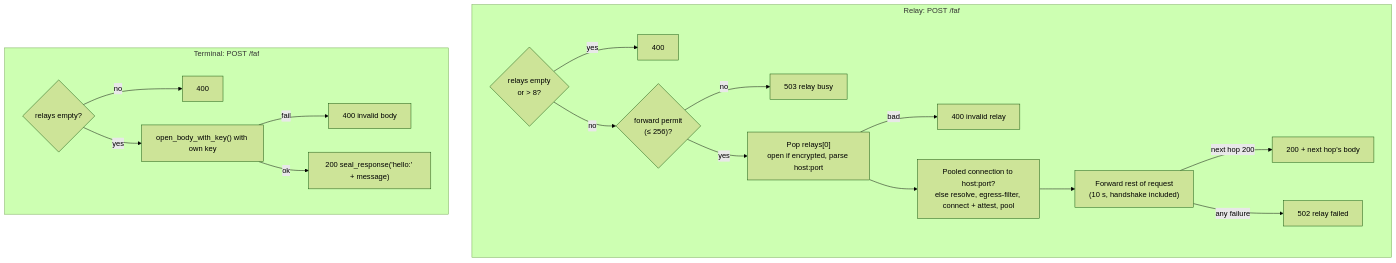
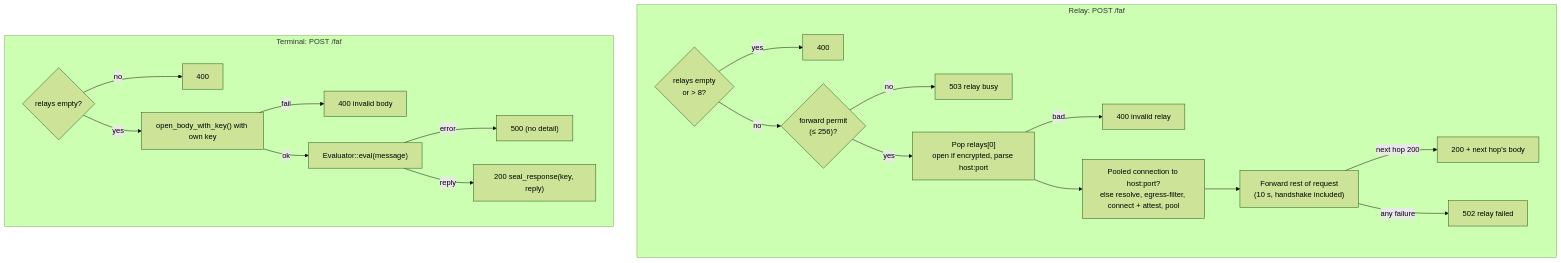
Before and after one commit to Lanetus/TTKServer: the ninth of 11 diagrams in docs/src/ARCHITECTURE.md, drawn with Mermaid (forest theme). The commit also changed other lines of this file and 14 other files, not shown here.

First line of the commit message:
feat: update the mdBook architecture docs to the current workspace (#94)

````diff
--- a/docs/src/ARCHITECTURE.md
+++ b/docs/src/ARCHITECTURE.md
@@ -373,21 +439,23 @@
 ```mermaid
 flowchart TD
     subgraph Relay["Relay: POST /faf"]
         r1{"relays empty<br/>or > 8?"} -- yes --> r400["400"]
         r1 -- no --> rb{"forward permit<br/>(≤ 256)?"}
         rb -- no --> r503["503 relay busy"]
         rb -- yes --> r2["Pop relays[0]<br/>open if encrypted, parse host:port"]
         r2 -- bad --> r400b["400 invalid relay"]
         r2 --> r3["Pooled connection to host:port?<br/>else resolve, egress-filter, connect + attest, pool"]
         r3 --> r4["Forward rest of request<br/>(10 s, handshake included)"]
         r4 -- "next hop 200" --> r200["200 + next hop's body"]
         r4 -- "any failure" --> r502["502 relay failed"]
     end
 
     subgraph Terminal["Terminal: POST /faf"]
         t1{"relays empty?"} -- no --> t400["400"]
         t1 -- yes --> t2["open_body_with_key() with own key"]
         t2 -- fail --> t400b["400 invalid body"]
-        t2 -- ok --> t200["200 seal_response('hello:' + message)"]
+        t2 -- ok --> t3["Evaluator::eval(message)"]
+        t3 -- error --> t500["500 (no detail)"]
+        t3 -- reply --> t200["200 seal_response(key, reply)"]
     end
 ```
````
